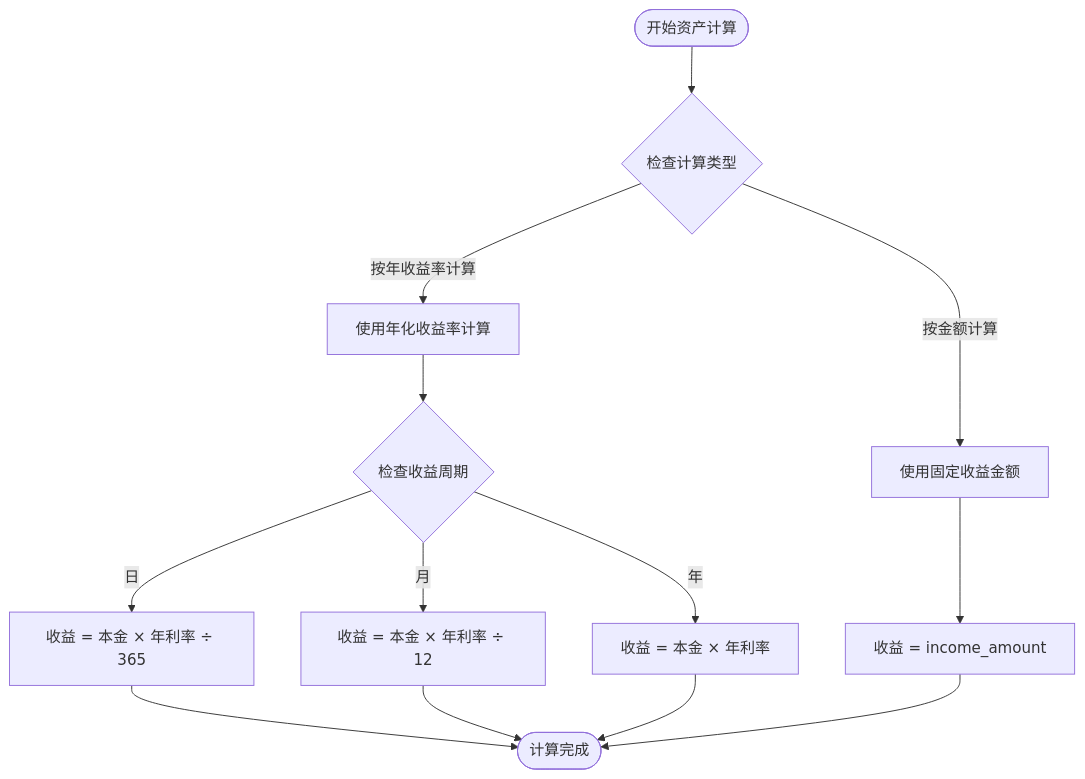
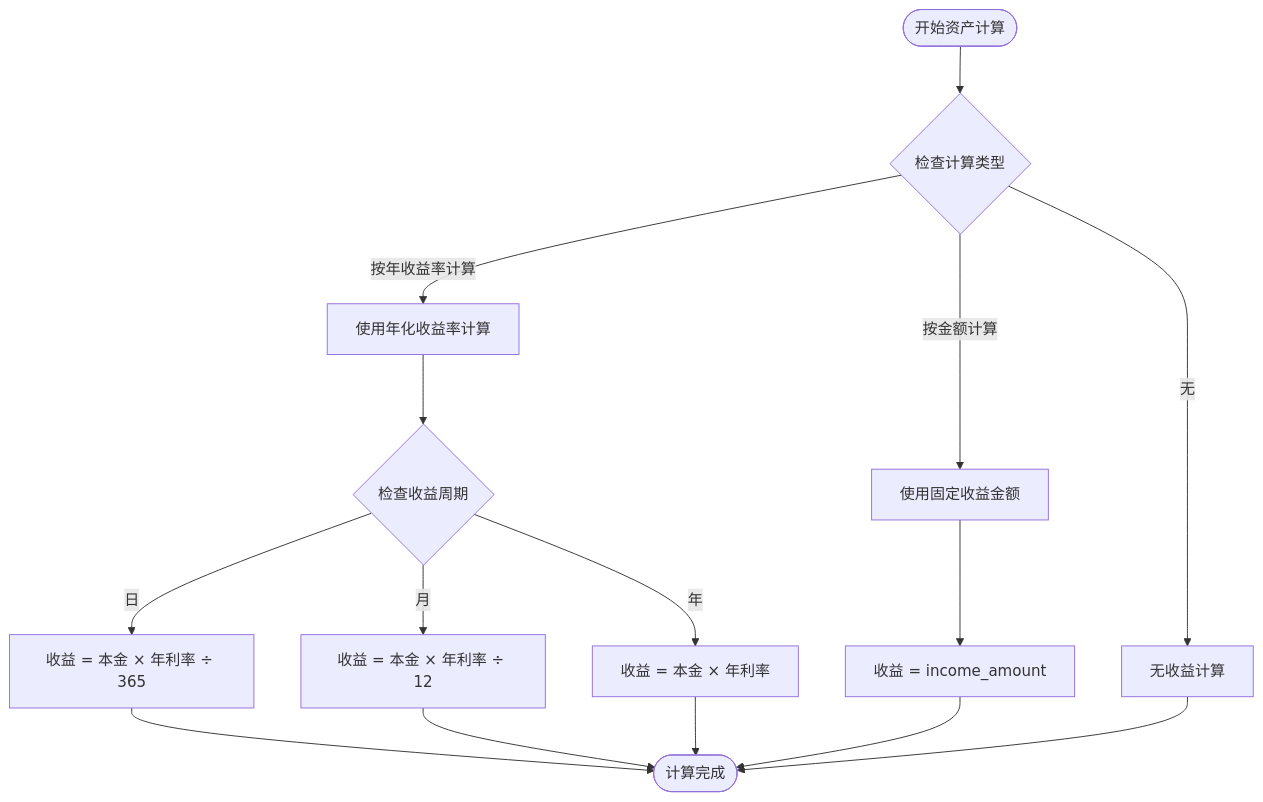
The fifth of 9 diagrams in .qoder/repowiki/zh/content/数据库管理/数据库设计.md (xiao-lin-unit/yuan), drawn with Mermaid before and after one commit. The commit also changed other lines of this file and 18 other files, not shown here.

````diff
--- a/.qoder/repowiki/zh/content/数据库管理/数据库设计.md
+++ b/.qoder/repowiki/zh/content/数据库管理/数据库设计.md
@@ -371,15 +406,17 @@
 ```mermaid
 flowchart TD
 Start([开始资产计算]) --> CheckCalcType{"检查计算类型"}
+CheckCalcType --> |无| NoCalc["无收益计算"]
 CheckCalcType --> |按金额计算| FixedAmount["使用固定收益金额"]
 CheckCalcType --> |按年收益率计算| RateCalc["使用年化收益率计算"]
 FixedAmount --> CalcAmount["收益 = income_amount"]
 RateCalc --> CheckPeriod{"检查收益周期"}
 CheckPeriod --> |日| DailyCalc["收益 = 本金 × 年利率 ÷ 365"]
 CheckPeriod --> |月| MonthlyCalc["收益 = 本金 × 年利率 ÷ 12"]
 CheckPeriod --> |年| AnnualCalc["收益 = 本金 × 年利率"]
 DailyCalc --> End([计算完成])
 MonthlyCalc --> End
 AnnualCalc --> End
 CalcAmount --> End
+NoCalc --> End
 ```
````
